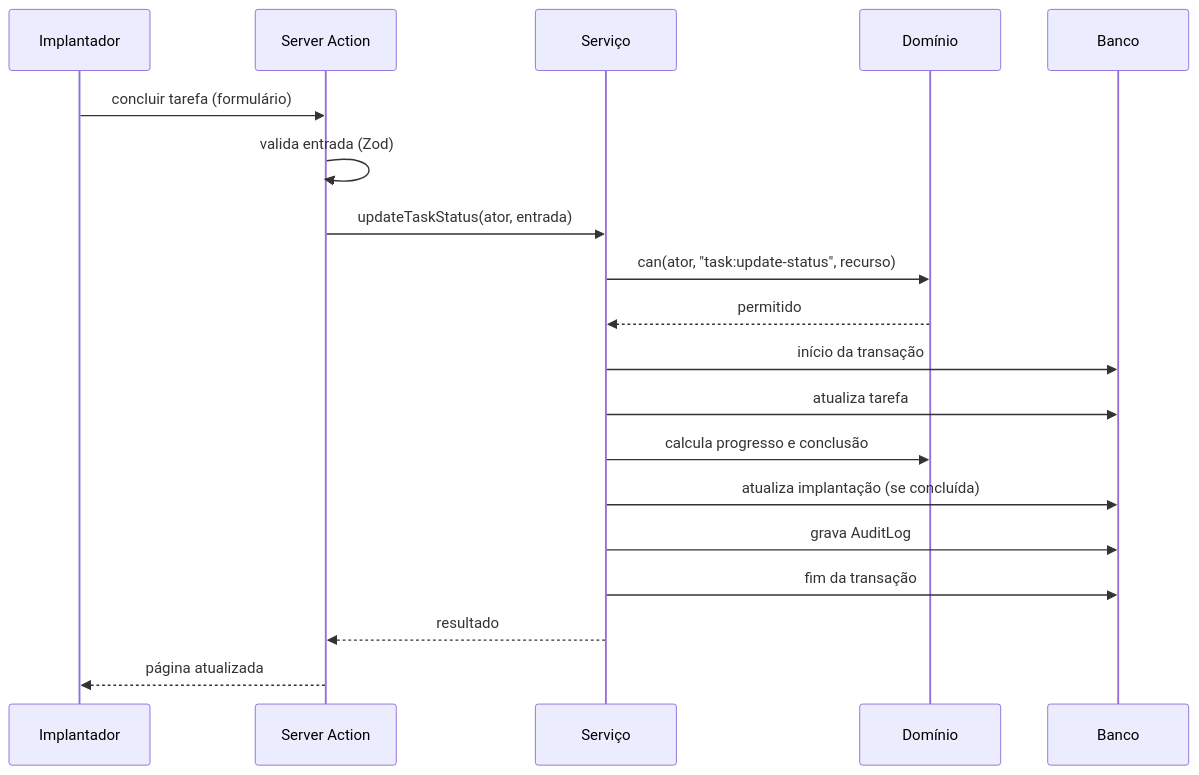
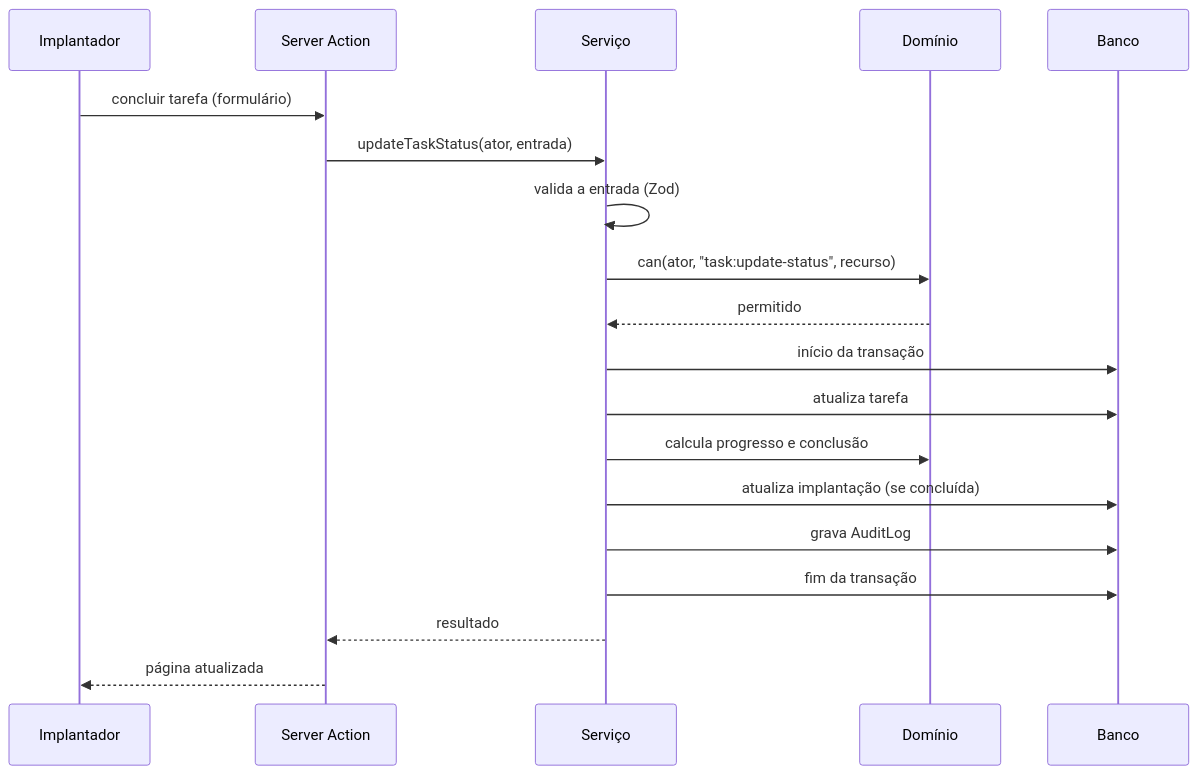
One commit to Joaogabrielmaia/Customer-onboarding-platform changed the third of 3 diagrams in docs/03-arquitetura/contexto-e-componentes.md. Above: the diagram before and after it, drawn with Mermaid. The commit also changed other lines of this file and 7 other files, not shown here.

````diff
--- a/docs/03-arquitetura/contexto-e-componentes.md
+++ b/docs/03-arquitetura/contexto-e-componentes.md
@@ -54,21 +55,21 @@
 ```mermaid
 sequenceDiagram
     participant U as Implantador
     participant A as Server Action
     participant S as Serviço
     participant D as Domínio
     participant B as Banco
     U->>A: concluir tarefa (formulário)
-    A->>A: valida entrada (Zod)
     A->>S: updateTaskStatus(ator, entrada)
+    S->>S: valida a entrada (Zod)
     S->>D: can(ator, "task:update-status", recurso)
     D-->>S: permitido
     S->>B: início da transação
     S->>B: atualiza tarefa
     S->>D: calcula progresso e conclusão
     S->>B: atualiza implantação (se concluída)
     S->>B: grava AuditLog
     S->>B: fim da transação
     S-->>A: resultado
     A-->>U: página atualizada
 ```
````
